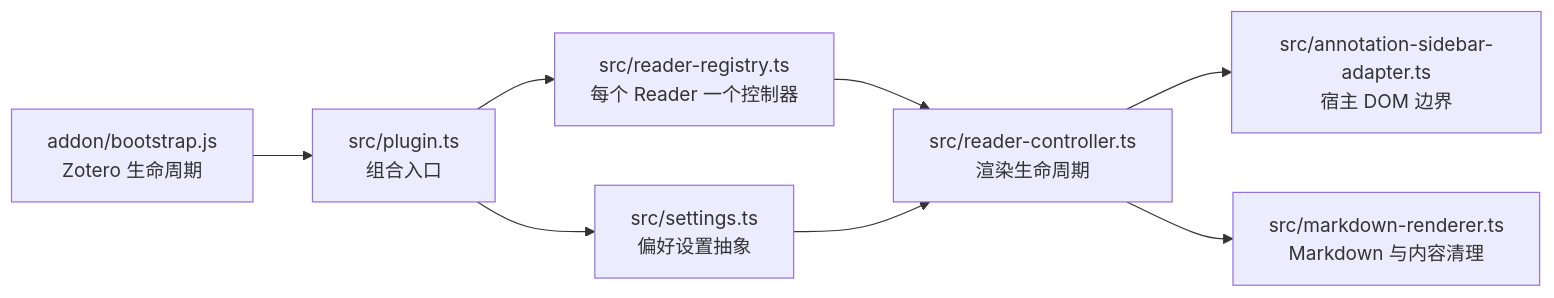
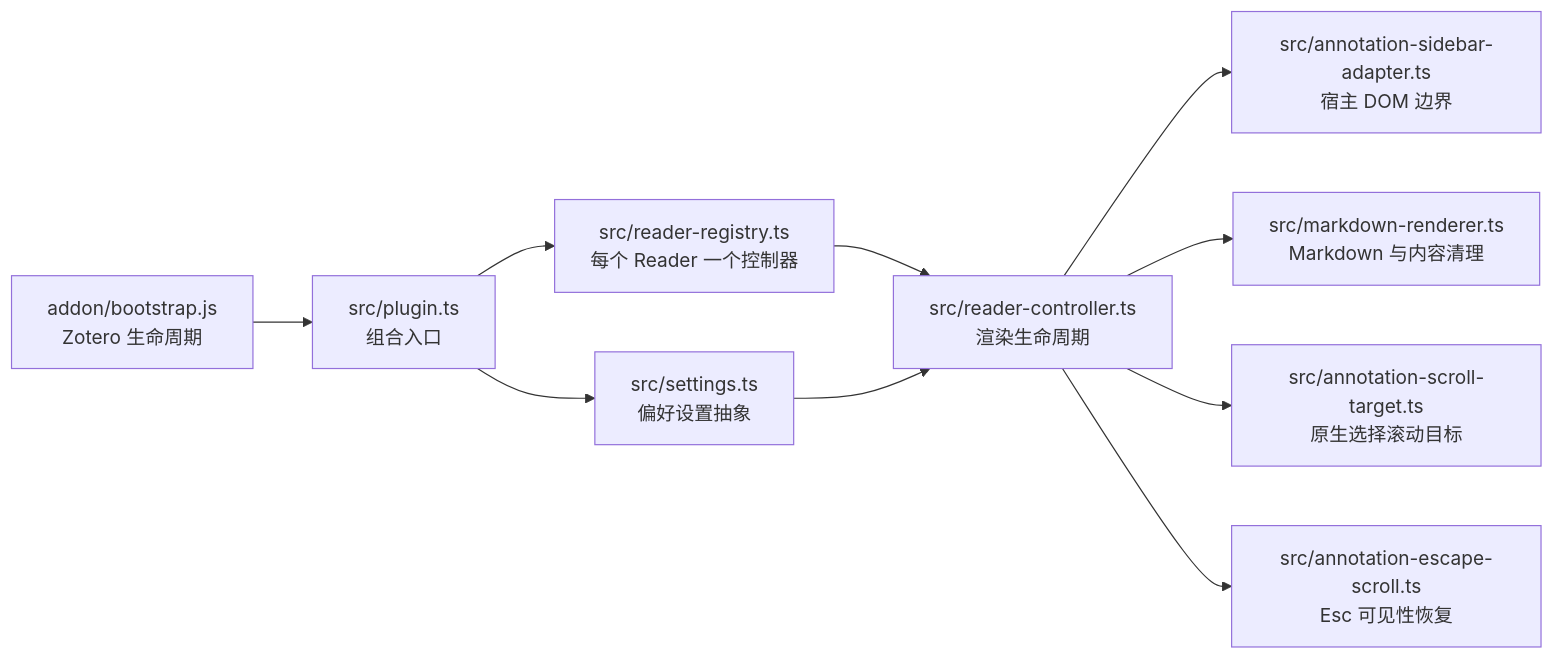
The first of 2 diagrams in docs/zh-CN/architecture.md (qrkks/zotero-annotation-markdown), drawn with Mermaid before and after one commit. The commit also changed other lines of this file and 7 other files, not shown here.

````diff
--- a/docs/zh-CN/architecture.md
+++ b/docs/zh-CN/architecture.md
@@ -9,10 +9,12 @@
 ```mermaid
 flowchart LR
     A["addon/bootstrap.js<br>Zotero 生命周期"] --> B["src/plugin.ts<br>组合入口"]
     B --> C["src/reader-registry.ts<br>每个 Reader 一个控制器"]
     C --> D["src/reader-controller.ts<br>渲染生命周期"]
     D --> E["src/annotation-sidebar-adapter.ts<br>宿主 DOM 边界"]
     D --> F["src/markdown-renderer.ts<br>Markdown 与内容清理"]
+    D --> H["src/annotation-scroll-target.ts<br>原生选择滚动目标"]
+    D --> I["src/annotation-escape-scroll.ts<br>Esc 可见性恢复"]
     B --> G["src/settings.ts<br>偏好设置抽象"]
     G --> D
 ```
````
